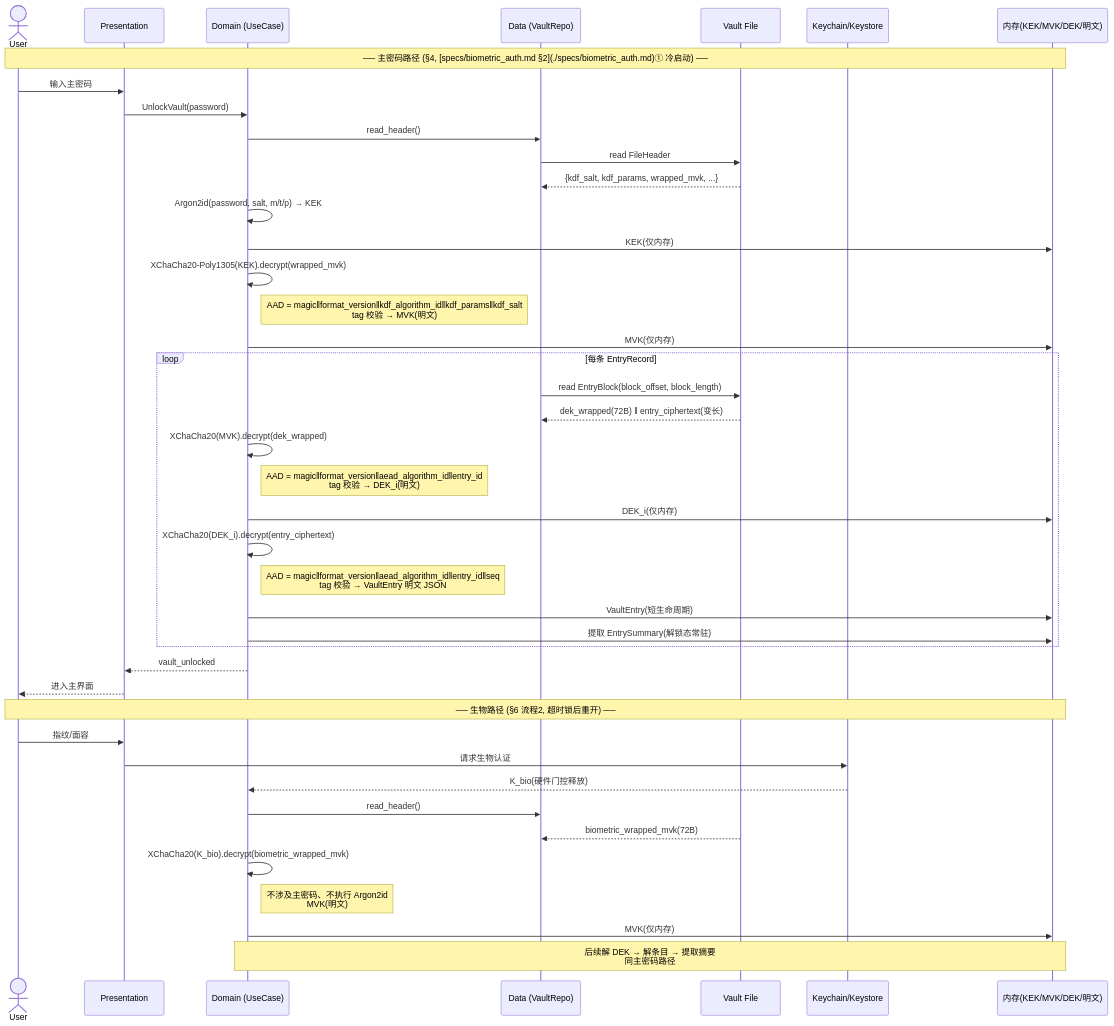
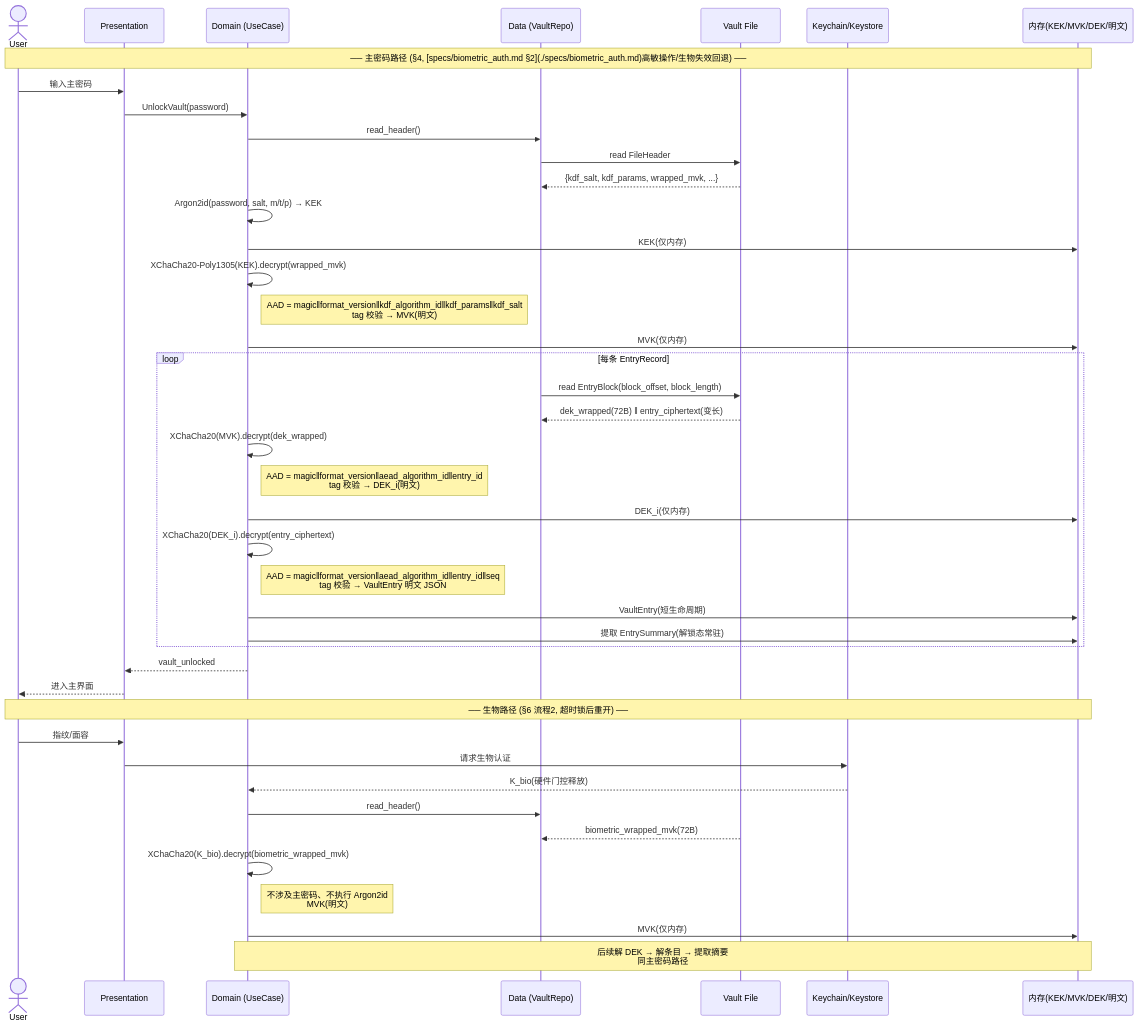
One commit to CCreative-Od1L/project_sw changed the third of 3 diagrams in docs/SECURITY.md. Above: the diagram before and after it, drawn with Mermaid. The commit also changed other lines of this file and 34 other files, not shown here.

Commit message:
feat(auth): wire biometric platform unlock UI

````diff
--- a/docs/SECURITY.md
+++ b/docs/SECURITY.md
@@ -202,53 +202,53 @@
 ```mermaid
 sequenceDiagram
     actor User
     participant UI as Presentation
     participant Domain as Domain (UseCase)
     participant Data as Data (VaultRepo)
     participant Vault as Vault File
     participant KC as Keychain/Keystore
     participant Mem as 内存(KEK/MVK/DEK/明文)
 
-    Note over User,Mem: ── 主密码路径 (§4, [specs/biometric_auth.md §2](./specs/biometric_auth.md)① 冷启动) ──
+    Note over User,Mem: ── 主密码路径 (§4, [specs/biometric_auth.md §2](./specs/biometric_auth.md)高敏操作/生物失效回退) ──
 
     User->>UI: 输入主密码
     UI->>Domain: UnlockVault(password)
     Domain->>Data: read_header()
     Data->>Vault: read FileHeader
     Vault-->>Data: {kdf_salt, kdf_params, wrapped_mvk, ...}
 
     Domain->>Domain: Argon2id(password, salt, m/t/p) → KEK
     Domain->>Mem: KEK(仅内存)
 
     Domain->>Domain: XChaCha20-Poly1305(KEK).decrypt(wrapped_mvk)
     Note right of Domain: AAD = magic‖format_version‖kdf_algorithm_id‖kdf_params‖kdf_salt<br/>tag 校验 → MVK(明文)
 
     Domain->>Mem: MVK(仅内存)
 
     loop 每条 EntryRecord
         Data->>Vault: read EntryBlock(block_offset, block_length)
         Vault-->>Data: dek_wrapped(72B) ‖ entry_ciphertext(变长)
         Domain->>Domain: XChaCha20(MVK).decrypt(dek_wrapped)
         Note right of Domain: AAD = magic‖format_version‖aead_algorithm_id‖entry_id<br/>tag 校验 → DEK_i(明文)
         Domain->>Mem: DEK_i(仅内存)
         Domain->>Domain: XChaCha20(DEK_i).decrypt(entry_ciphertext)
         Note right of Domain: AAD = magic‖format_version‖aead_algorithm_id‖entry_id‖seq<br/>tag 校验 → VaultEntry 明文 JSON
         Domain->>Mem: VaultEntry(短生命周期)
         Domain->>Mem: 提取 EntrySummary(解锁态常驻)
     end
 
     Domain-->>UI: vault_unlocked
     UI-->>User: 进入主界面
 
     Note over User,Mem: ── 生物路径 (§6 流程2, 超时锁后重开) ──
 
     User->>UI: 指纹/面容
     UI->>KC: 请求生物认证
     KC-->>Domain: K_bio(硬件门控释放)
     Domain->>Data: read_header()
     Vault-->>Data: biometric_wrapped_mvk(72B)
     Domain->>Domain: XChaCha20(K_bio).decrypt(biometric_wrapped_mvk)
     Note right of Domain: 不涉及主密码、不执行 Argon2id<br/>MVK(明文)
     Domain->>Mem: MVK(仅内存)
     Note over Domain,Mem: 后续解 DEK → 解条目 → 提取摘要<br/>同主密码路径
 ```
````
